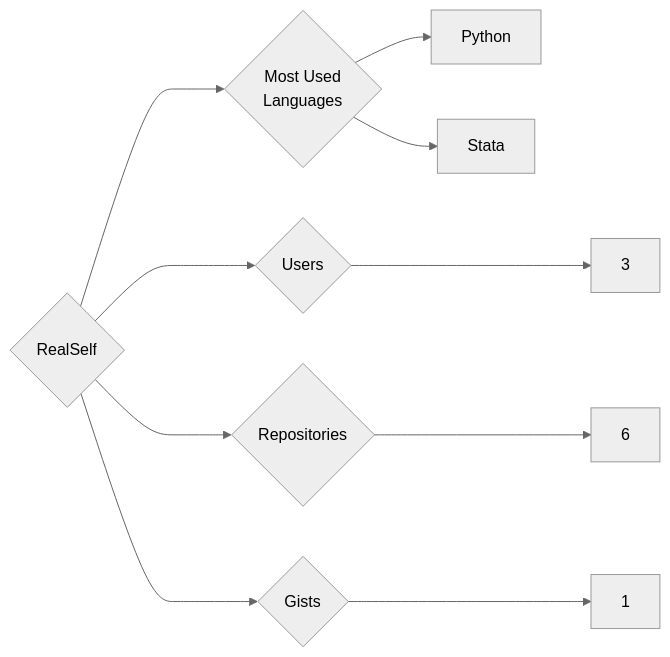
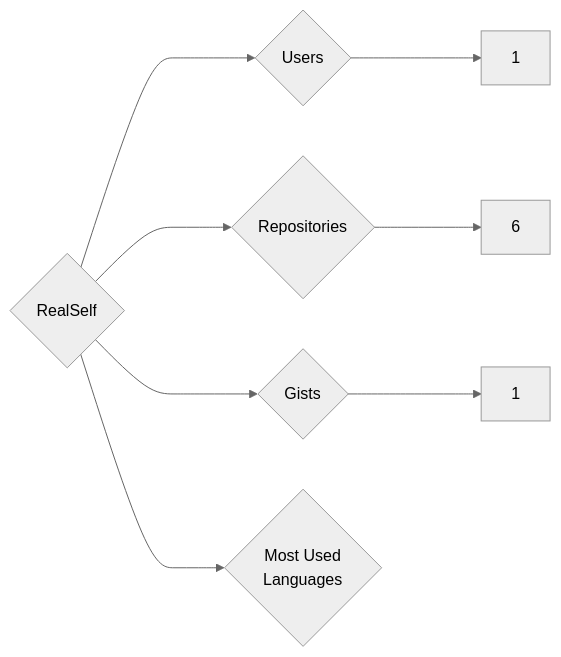
Before and after one commit to trickest/insiders: the diagram in targets/RealSelf/README.md, drawn with Mermaid (neutral theme). The commit also changed 1248 other files, not shown here.

````diff
--- a/targets/RealSelf/README.md
+++ b/targets/RealSelf/README.md
@@ -3,10 +3,8 @@
 ```mermaid
 graph LR
 COMPANY_NAME{RealSelf}
-COMPANY_NAME ---> U{Users} ---> UN[3]
+COMPANY_NAME ---> U{Users} ---> UN[1]
 COMPANY_NAME ---> R{Repositories} ---> RN[6]
 COMPANY_NAME ---> G{Gists} ---> GN[1]
 COMPANY_NAME ---> ML{Most Used<br>Languages}
-ML --> Python[Python]
-ML --> Stata[Stata]
 ```
````
